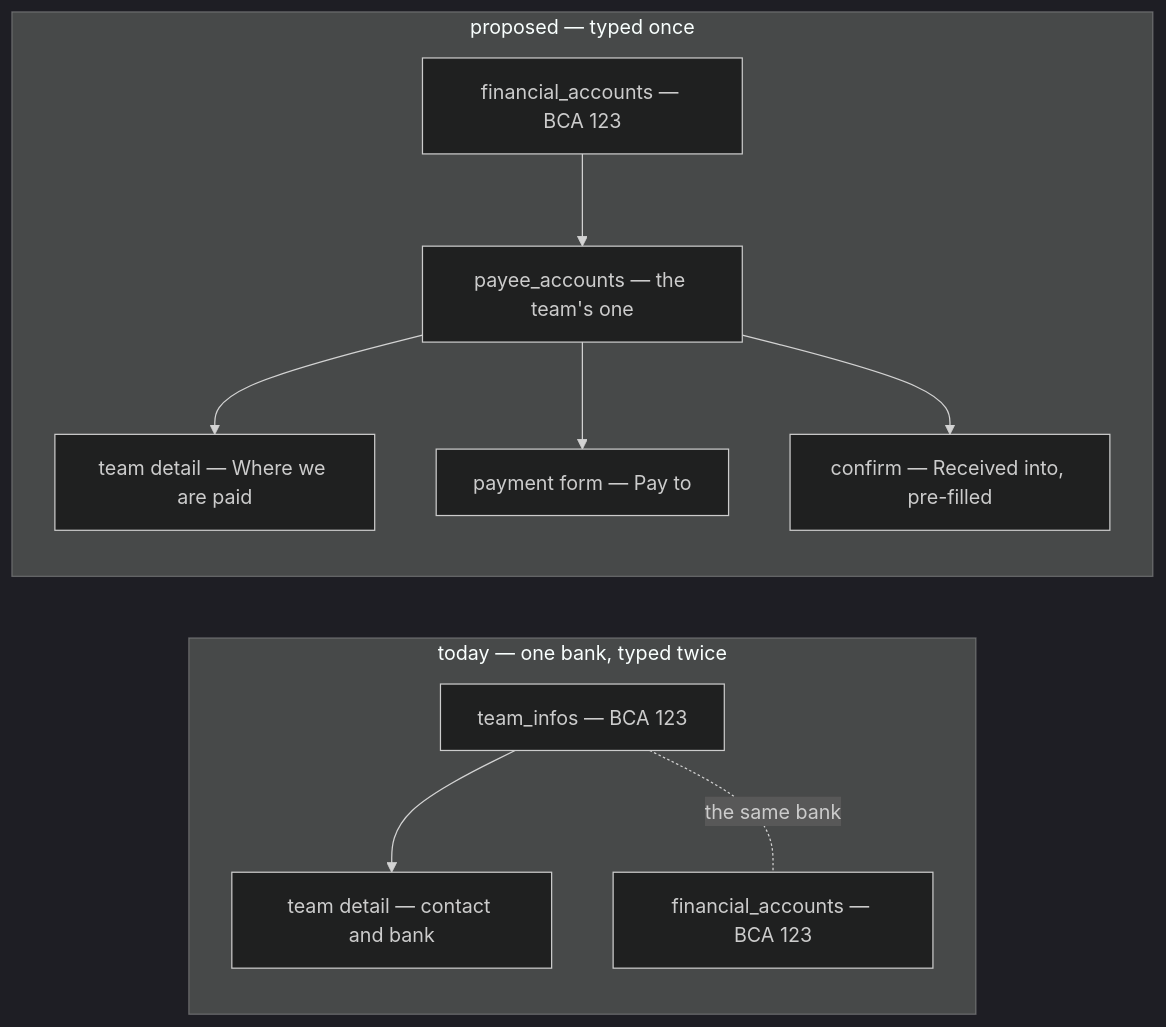
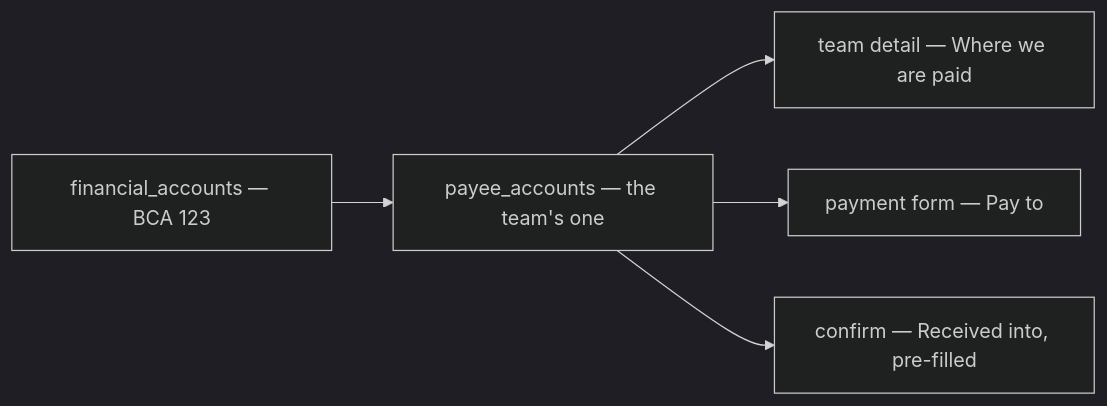
The sixth of 7 diagrams in docs/business/financial_account/context_clarify.md (pdcgo/warehouse_revamp), drawn with Mermaid (dark theme) before and after one commit. The commit also changed other lines of this file and 19 other files, not shown here.

First line of the commit message:
team_service: drop the team's bank from team_infos - the-team-record-holds-no-bank

````diff
--- a/docs/business/financial_account/context_clarify.md
+++ b/docs/business/financial_account/context_clarify.md
@@ -367,14 +364,7 @@
    ```mermaid
    flowchart LR
-     subgraph "today — one bank, typed twice"
-       TI["team_infos — BCA 123"] --> TD["team detail — contact and bank"]
-       FA1["financial_accounts — BCA 123"]
-       TI -.-|"the same bank"| FA1
-     end
-     subgraph "proposed — typed once"
-       FA2["financial_accounts — BCA 123"] --> PA["payee_accounts — the team's one"]
-       PA --> TD2["team detail — Where we are paid"]
-       PA --> PF["payment form — Pay to"]
-       PA --> CF["confirm — Received into, pre-filled"]
-     end
+     FA["financial_accounts — BCA 123"] --> PA["payee_accounts — the team's one"]
+     PA --> TD["team detail — Where we are paid"]
+     PA --> PF["payment form — Pay to"]
+     PA --> CF["confirm — Received into, pre-filled"]
    ```
````
